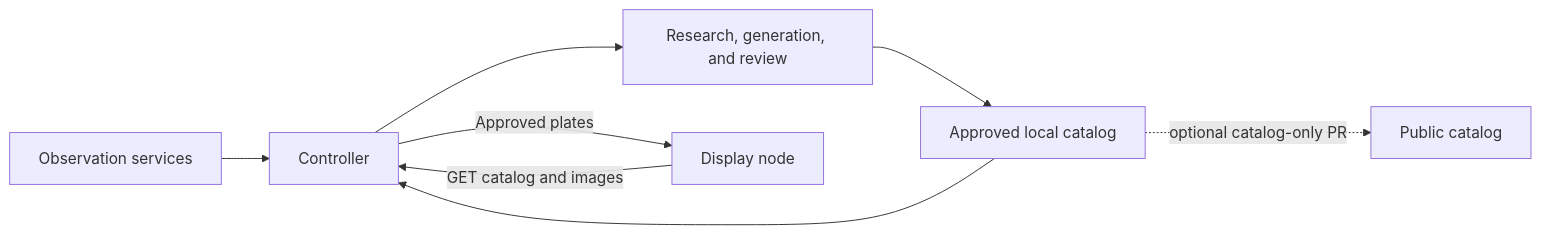
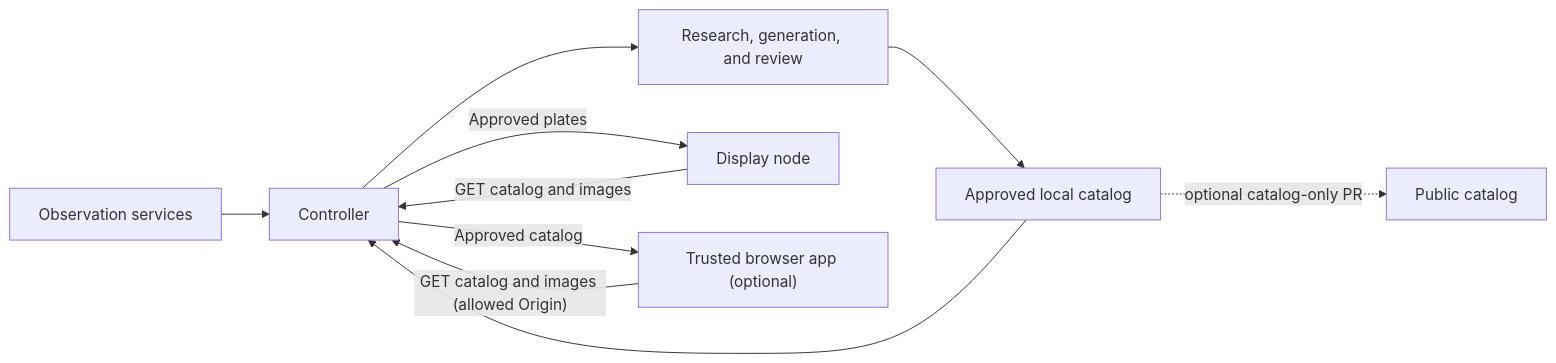
One commit to veteranbv/inky-bird-frame changed the diagram in docs/architecture.md. Above: the diagram before and after it, drawn with Mermaid. The commit also changed other lines of this file and 6 other files, not shown here.

Commit message:
Document trusted browser clients

````diff
--- a/docs/architecture.md
+++ b/docs/architecture.md
@@ -7,10 +8,12 @@
 ```mermaid
 flowchart LR
     S["Observation services"] --> C["Controller"]
     C --> R["Research, generation, and review"]
     R --> A["Approved local catalog"]
     A --> C
     D["Display node"] -- "GET catalog and images" --> C
     C -- "Approved plates" --> D
+    B["Trusted browser app (optional)"] -- "GET catalog and images (allowed Origin)" --> C
+    C -- "Approved catalog" --> B
     A -. "optional catalog-only PR" .-> P["Public catalog"]
 ```
````
